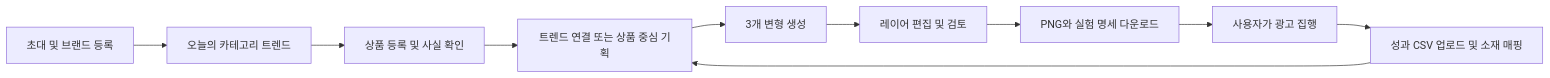
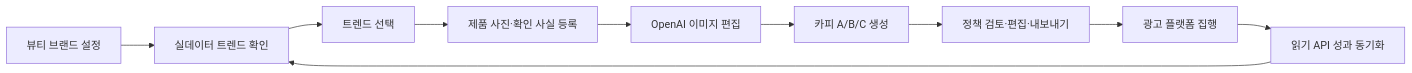
Before and after one commit to hyejunl33/Growthtool: the diagram in docs/PRD.md, drawn with Mermaid. The commit also changed other lines of this file and 21 other files, not shown here.

````diff
--- a/docs/PRD.md
+++ b/docs/PRD.md
@@ -99,12 +54,12 @@
 ```mermaid
 flowchart LR
-  A[초대 및 브랜드 등록] --> B[오늘의 카테고리 트렌드]
-  B --> C[상품 등록 및 사실 확인]
-  C --> D[트렌드 연결 또는 상품 중심 기획]
-  D --> E[3개 변형 생성]
-  E --> F[레이어 편집 및 검토]
-  F --> G[PNG와 실험 명세 다운로드]
-  G --> H[사용자가 광고 집행]
-  H --> I[성과 CSV 업로드 및 소재 매핑]
-  I --> D
+  A[뷰티 브랜드 설정] --> B[실데이터 트렌드 확인]
+  B --> C[트렌드 선택]
+  C --> D[제품 사진·확인 사실 등록]
+  D --> E[OpenAI 이미지 편집]
+  E --> F[카피 A/B/C 생성]
+  F --> G[정책 검토·편집·내보내기]
+  G --> H[광고 플랫폼 집행]
+  H --> I[읽기 API 성과 동기화]
+  I --> B
 ```
````
